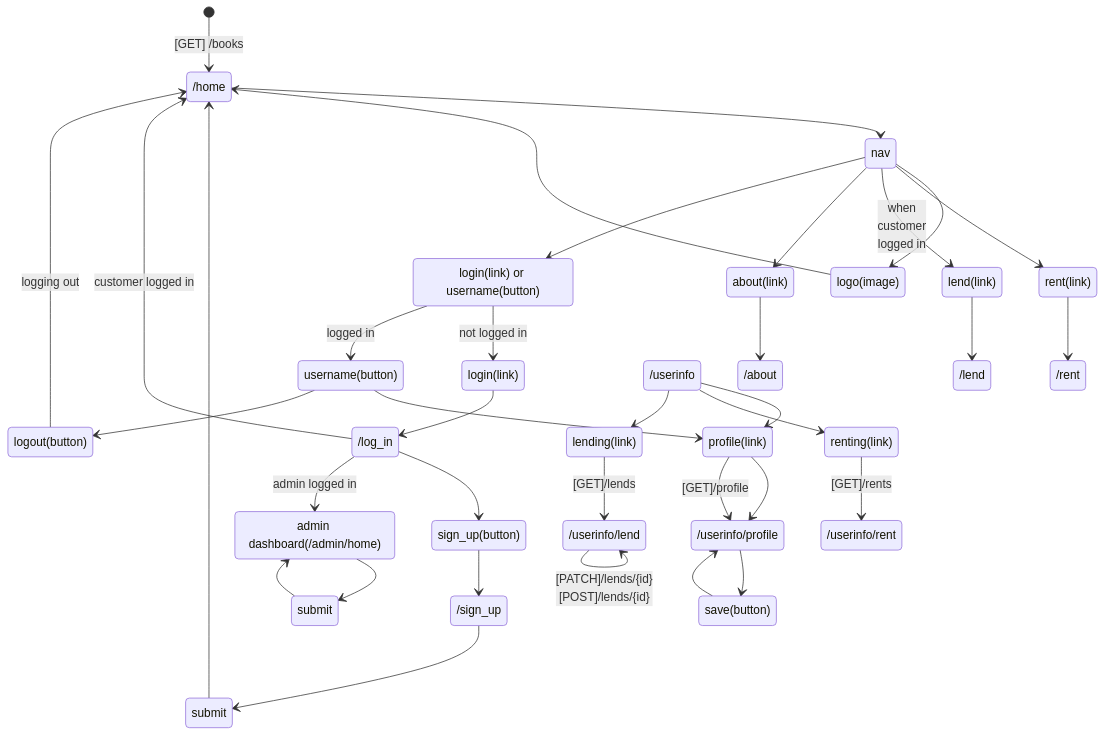
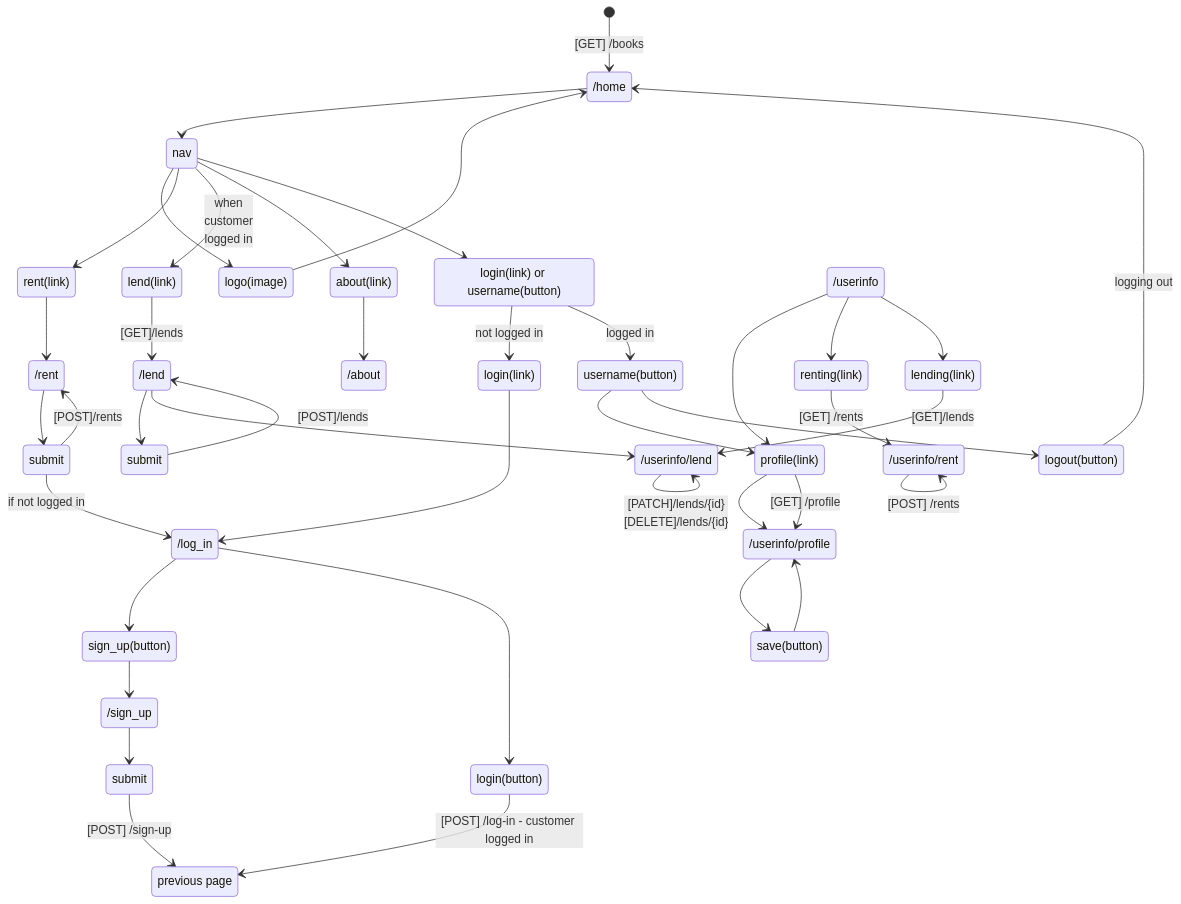
One commit to wootra/book-share changed the second of 9 diagrams in README.md. Above: the diagram before and after it, drawn with Mermaid. The commit also changed other lines of this file, not shown here.

````diff
--- a/README.md
+++ b/README.md
@@ -28,42 +30,48 @@
 ```mermaid
 stateDiagram-v2
     [*] --> /home : [GET] /books
     /home --> nav
     nav --> logo(image)
     nav --> rent(link)
     nav --> lend(link) : when<br/> customer<br/> logged in
     nav --> about(link)
     state "login(link) or username(button)" as login_or_username
     nav --> login_or_username
     logo(image) --> /home
     rent(link) --> /rent
-    lend(link) --> /lend
+    state "submit" as rent_submit
+    /rent --> rent_submit
+    rent_submit --> /rent: [POST]/rents
+    rent_submit --> /log_in: if not logged in
+    lend(link) --> /lend: [GET]/lends
+    state "submit" as lend_submit
+    /lend --> lend_submit
+    /lend --> /userinfo/lend
+    lend_submit --> /lend: [POST]/lends
     about(link) --> /about
     login_or_username --> login(link) : not logged in
     login_or_username --> username(button): logged in
     login(link) --> /log_in
     username(button) --> profile(link)
     profile(link) --> /userinfo/profile
     /userinfo/profile --> save(button)
     save(button) --> /userinfo/profile
     /userinfo --> profile(link)
-    profile(link) --> /userinfo/profile : [GET]/profile
+    profile(link) --> /userinfo/profile : [GET] /profile
     /userinfo --> renting(link)
-    renting(link) --> /userinfo/rent : [GET]/rents
+    renting(link) --> /userinfo/rent : [GET] /rents
+    /userinfo/rent --> /userinfo/rent : [POST] /rents
     /userinfo --> lending(link)
     lending(link) --> /userinfo/lend : [GET]/lends
-    /userinfo/lend --> /userinfo/lend : [PATCH]/lends/{id}<br>[POST]/lends/{id}
+    /userinfo/lend --> /userinfo/lend : [PATCH]/lends/{id}<br>[DELETE]/lends/{id}
     username(button) --> logout(button)
     logout(button) --> /home : logging out
     /log_in --> sign_up(button)
     sign_up(button) --> /sign_up
     state "submit" as signup_submit
     /sign_up --> signup_submit
-    signup_submit --> /home
-    /log_in --> /home : customer logged in
-    state "admin dashboard(/admin/home)" as admin_dash
-    /log_in --> admin_dash : admin logged in
-    state "submit" as admin_submit
-    admin_dash --> admin_submit
-    admin_submit --> admin_dash
+    signup_submit --> prev_page : [POST] /sign-up
+    state "previous page" as prev_page
+    /log_in --> login(button)
+    login(button) --> prev_page : [POST] /log-in - customer logged in
 ```
````
